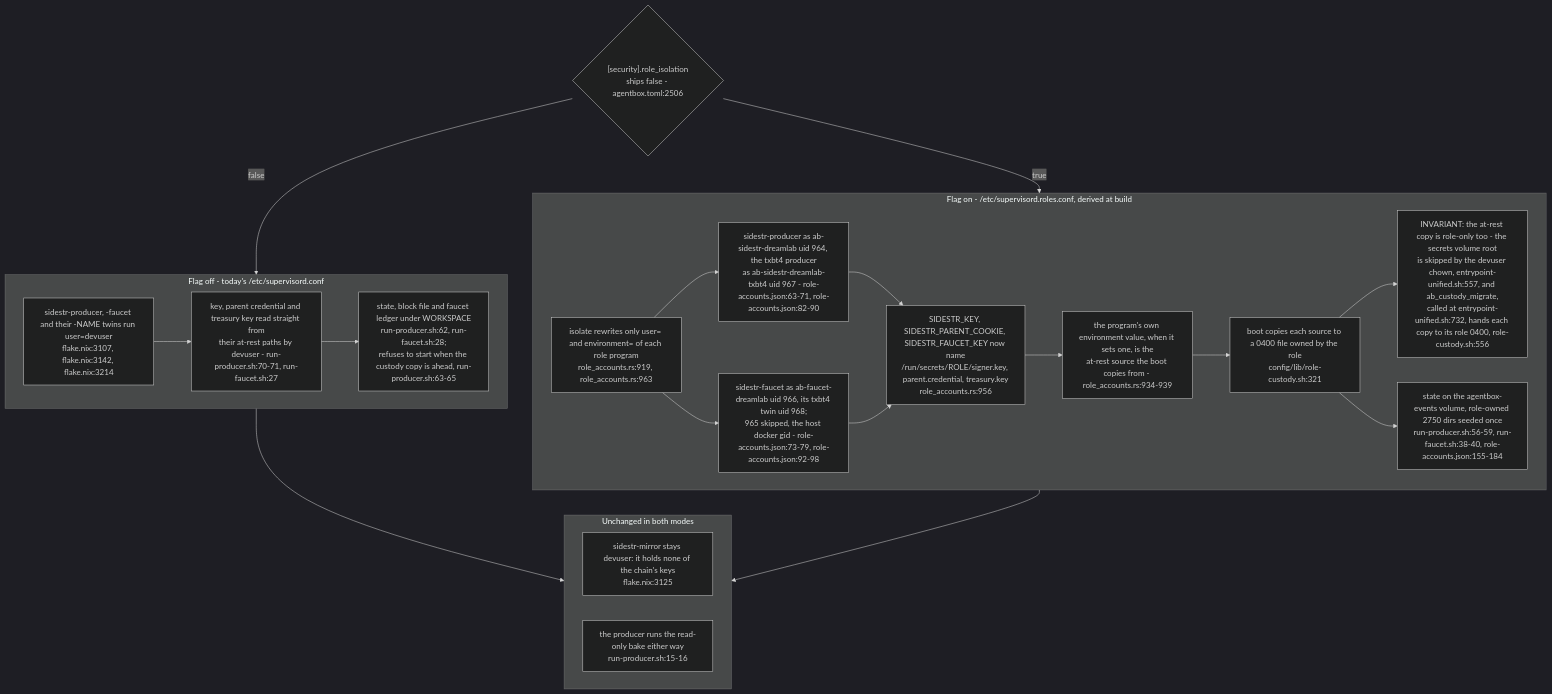
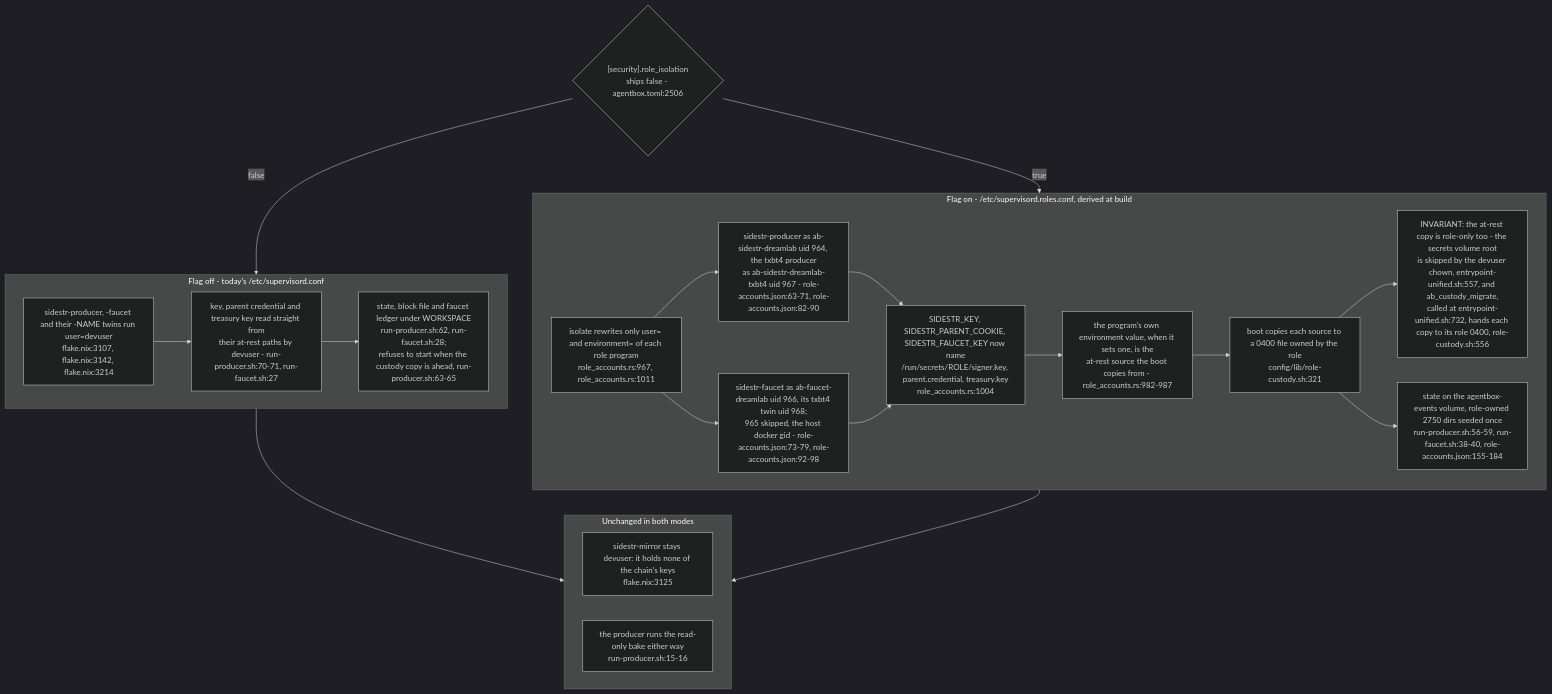
The sixth of 6 diagrams in docs/diagrams/agentbox/34-sidestr-interim-producer-and-mirror.md (DreamLab-AI/VisionFlow), drawn with Mermaid (dark theme) before and after one commit. The commit also changed other lines of this file and 151 other files, not shown here.

````diff
--- a/docs/diagrams/agentbox/34-sidestr-interim-producer-and-mirror.md
+++ b/docs/diagrams/agentbox/34-sidestr-interim-producer-and-mirror.md
@@ -251,33 +251,33 @@
 ```mermaid
 flowchart TB
     FLAG{"[security].role_isolation<br/>ships false - agentbox.toml:2506"}
     subgraph off["Flag off - today's /etc/supervisord.conf"]
         O1["sidestr-producer, -faucet and their -NAME twins run user=devuser<br/>flake.nix:3107, flake.nix:3142, flake.nix:3214"]
         O2["key, parent credential and treasury key read straight from<br/>their at-rest paths by devuser - run-producer.sh:70-71, run-faucet.sh:27"]
         O3["state, block file and faucet ledger under WORKSPACE<br/>run-producer.sh:62, run-faucet.sh:28;<br/>refuses to start when the custody copy is ahead, run-producer.sh:63-65"]
         O1 --> O2 --> O3
     end
     subgraph on["Flag on - /etc/supervisord.roles.conf, derived at build"]
-        R1["isolate rewrites only user= and environment= of each role program<br/>role_accounts.rs:919, role_accounts.rs:963"]
+        R1["isolate rewrites only user= and environment= of each role program<br/>role_accounts.rs:967, role_accounts.rs:1011"]
         R2["sidestr-producer as ab-sidestr-dreamlab uid 964, the txbt4 producer<br/>as ab-sidestr-dreamlab-txbt4 uid 967 - role-accounts.json:63-71, role-accounts.json:82-90"]
         R3["sidestr-faucet as ab-faucet-dreamlab uid 966, its txbt4 twin uid 968;<br/>965 skipped, the host docker gid - role-accounts.json:73-79, role-accounts.json:92-98"]
-        R4["SIDESTR_KEY, SIDESTR_PARENT_COOKIE, SIDESTR_FAUCET_KEY now name<br/>/run/secrets/ROLE/signer.key, parent.credential, treasury.key<br/>role_accounts.rs:956"]
-        R5["the program's own environment value, when it sets one, is the<br/>at-rest source the boot copies from - role_accounts.rs:934-939"]
+        R4["SIDESTR_KEY, SIDESTR_PARENT_COOKIE, SIDESTR_FAUCET_KEY now name<br/>/run/secrets/ROLE/signer.key, parent.credential, treasury.key<br/>role_accounts.rs:1004"]
+        R5["the program's own environment value, when it sets one, is the<br/>at-rest source the boot copies from - role_accounts.rs:982-987"]
         R6["boot copies each source to a 0400 file owned by the role<br/>config/lib/role-custody.sh:321"]
         R7["INVARIANT: the at-rest copy is role-only too - the secrets volume root<br/>is skipped by the devuser chown, entrypoint-unified.sh:557, and ab_custody_migrate,<br/>called at entrypoint-unified.sh:732, hands each copy to its role 0400, role-custody.sh:556"]
         R8["state on the agentbox-events volume, role-owned 2750 dirs seeded once<br/>run-producer.sh:56-59, run-faucet.sh:38-40, role-accounts.json:155-184"]
         R6 --> R7
         R6 --> R8
         R1 --> R2 --> R4
         R1 --> R3 --> R4
         R4 --> R5 --> R6
     end
     subgraph same["Unchanged in both modes"]
         U1["sidestr-mirror stays devuser: it holds none of the chain's keys<br/>flake.nix:3125"]
         U2["the producer runs the read-only bake either way<br/>run-producer.sh:15-16"]
     end
     FLAG -->|false| off
     FLAG -->|true| on
     off --> same
     on --> same
 ```
````
